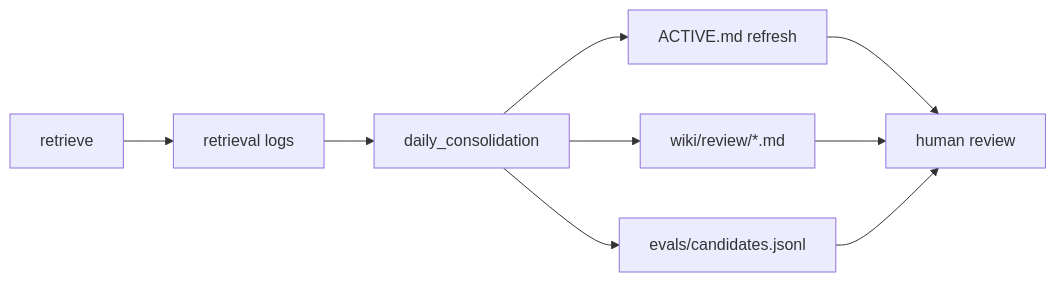
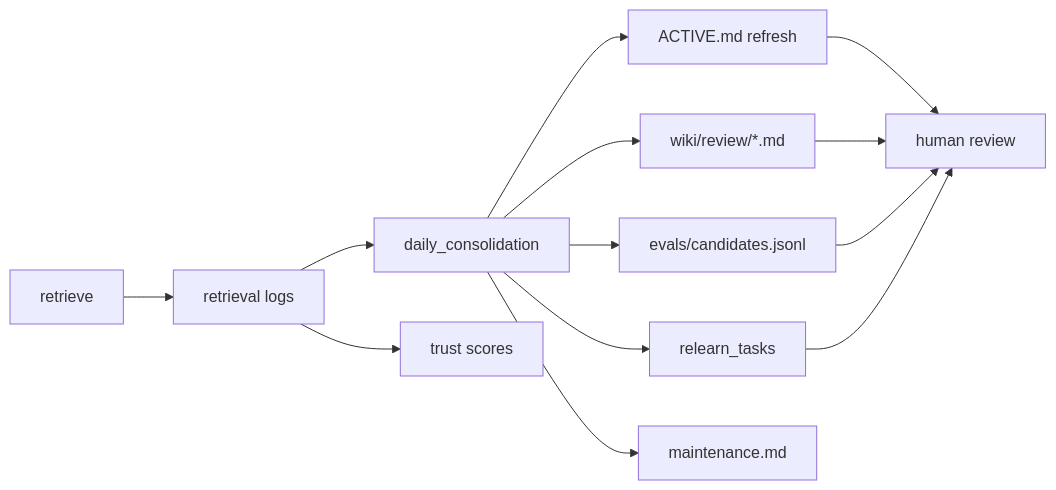
The seventh of 9 diagrams in README.md (Jianyu010/MnemonicOS), drawn with Mermaid before and after one commit. The commit also changed other lines of this file and 12 other files, not shown here.

````diff
--- a/README.md
+++ b/README.md
@@ -105,11 +132,15 @@
 ```mermaid
 flowchart LR
     Q["retrieve"] --> L["retrieval logs"]
     L --> J["daily_consolidation"]
+    L --> T["trust scores"]
     J --> A["ACTIVE.md refresh"]
     J --> R["wiki/review/*.md"]
+    J --> K["relearn_tasks"]
     J --> E["evals/candidates.jsonl"]
+    J --> M["maintenance.md"]
     A --> H["human review"]
     R --> H
     E --> H
+    K --> H
 ```
````
